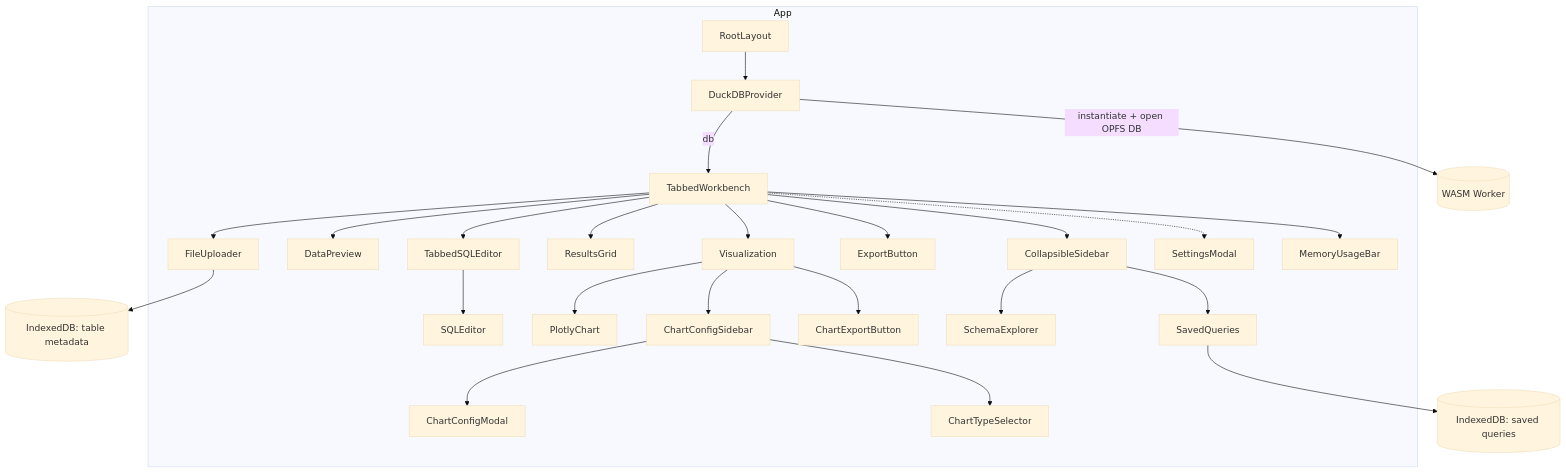
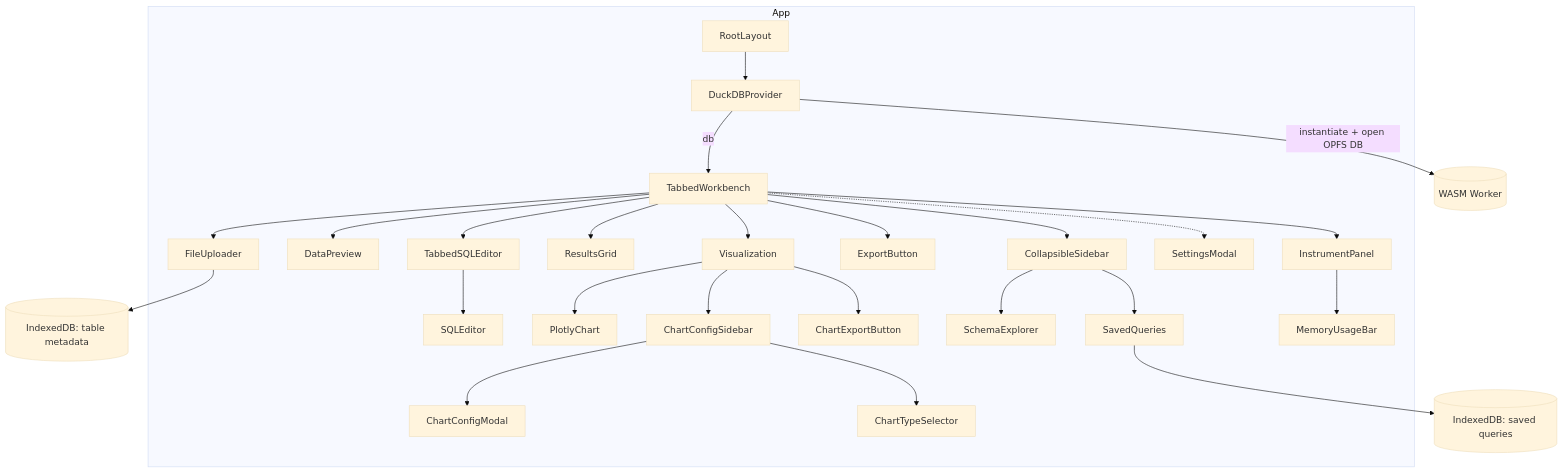
The diagram in components/README.md (james-ralph8555/homebench), drawn with Mermaid (base theme) before and after one commit. The commit also changed other lines of this file and 12 other files, not shown here.

First line of the commit message:
feat(ui): add Instrument Panel footer and commit timestamp plumbing

````diff
--- a/components/README.md
+++ b/components/README.md
@@ -7,28 +7,29 @@
 ```mermaid
 graph TD
   subgraph App
     RootLayout --> DuckDBProvider
     DuckDBProvider -->|db| TabbedWorkbench
     TabbedWorkbench --> FileUploader
     TabbedWorkbench --> DataPreview
     TabbedWorkbench --> TabbedSQLEditor
     TabbedSQLEditor --> SQLEditor
     TabbedWorkbench --> ResultsGrid
     TabbedWorkbench --> Visualization
     TabbedWorkbench --> ExportButton
     TabbedWorkbench --> CollapsibleSidebar
     CollapsibleSidebar --> SchemaExplorer
     CollapsibleSidebar --> SavedQueries
     TabbedWorkbench -.-> SettingsModal
-    TabbedWorkbench --> MemoryUsageBar
+    TabbedWorkbench --> InstrumentPanel
+    InstrumentPanel --> MemoryUsageBar
     Visualization --> PlotlyChart
     Visualization --> ChartConfigSidebar
     Visualization --> ChartExportButton
     ChartConfigSidebar --> ChartConfigModal
     ChartConfigSidebar --> ChartTypeSelector
   end
 
   DuckDBProvider -->|instantiate + open OPFS DB| DuckDBWorker[(WASM Worker)]
   SavedQueries --> DexieDB[(IndexedDB: saved queries)]
   FileUploader --> TableMetadataStore[(IndexedDB: table metadata)]
 ```
````
